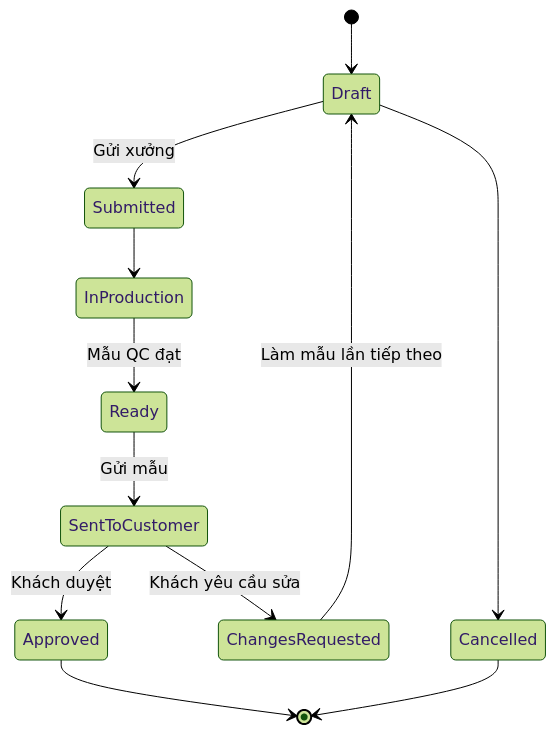
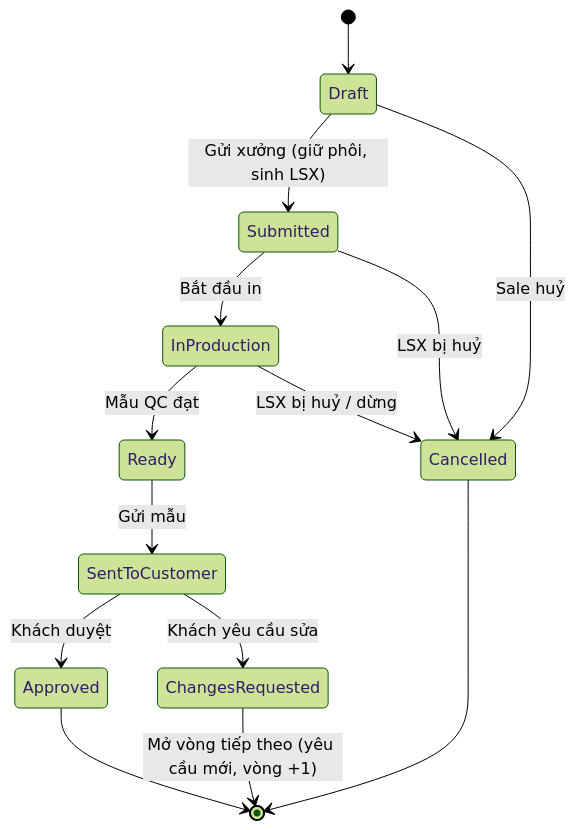
One commit to KLTN-FA26/docs changed the second of 2 diagrams in docs/warehouse/19-production/README.md. Above: the diagram before and after it, drawn with Mermaid (forest theme). The commit also changed other lines of this file and 8 other files, not shown here.

````diff
--- a/docs/warehouse/19-production/README.md
+++ b/docs/warehouse/19-production/README.md
@@ -249,14 +348,16 @@
 ```mermaid
 stateDiagram-v2
     [*] --> Draft
-    Draft --> Submitted: Gửi xưởng
-    Submitted --> InProduction
+    Draft --> Submitted: Gửi xưởng (giữ phôi, sinh LSX)
+    Submitted --> InProduction: Bắt đầu in
     InProduction --> Ready: Mẫu QC đạt
     Ready --> SentToCustomer: Gửi mẫu
     SentToCustomer --> Approved: Khách duyệt
     SentToCustomer --> ChangesRequested: Khách yêu cầu sửa
-    ChangesRequested --> Draft: Làm mẫu lần tiếp theo
-    Draft --> Cancelled
+    Draft --> Cancelled: Sale huỷ
+    Submitted --> Cancelled: LSX bị huỷ
+    InProduction --> Cancelled: LSX bị huỷ / dừng
     Approved --> [*]
+    ChangesRequested --> [*]: Mở vòng tiếp theo (yêu cầu mới, vòng +1)
     Cancelled --> [*]
 ```
````
